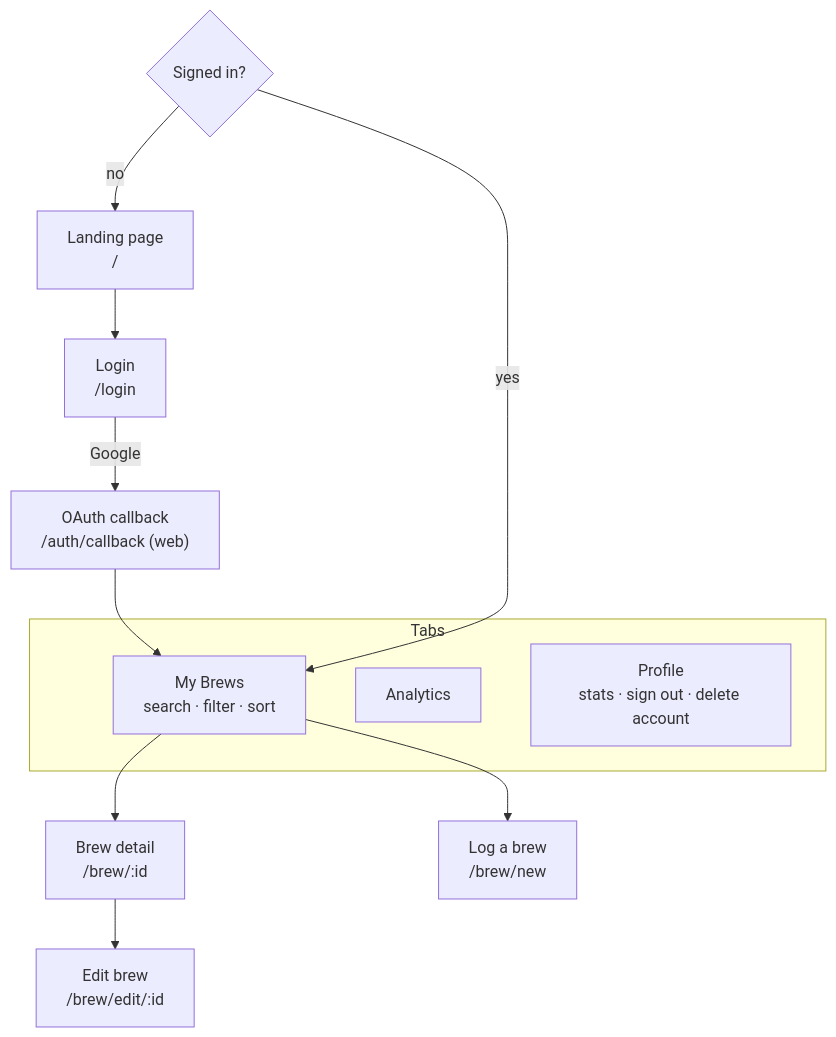
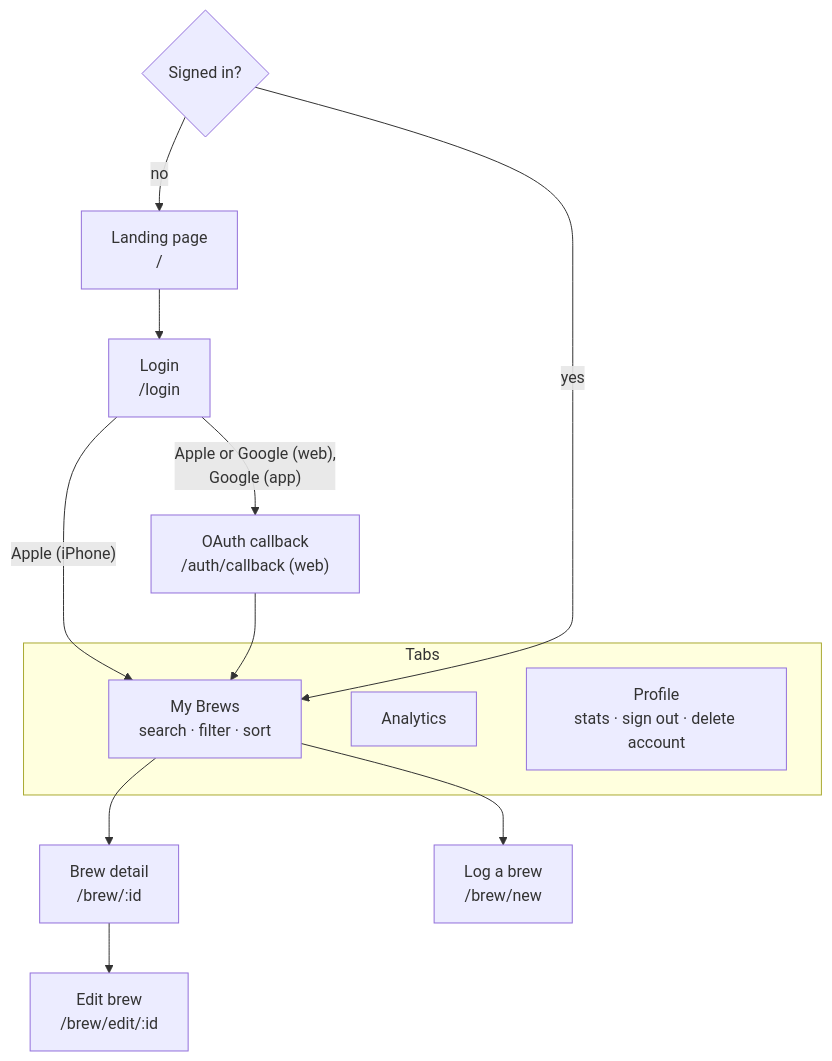
Before and after one commit to antmelon/BruLogger: the second of 6 diagrams in README.md, drawn with Mermaid. The commit also changed other lines of this file and 23 other files, not shown here.

First line of the commit message:
Sign in with Apple, on iPhone and the website

````diff
--- a/README.md
+++ b/README.md
@@ -80,19 +81,20 @@
 ```mermaid
 flowchart TD
   gate{"Signed in?"}
   gate -- no --> landing["Landing page<br/>/"]
   landing --> login["Login<br/>/login"]
-  login -- Google --> callback["OAuth callback<br/>/auth/callback (web)"]
+  login -- "Apple or Google (web),<br/>Google (app)" --> callback["OAuth callback<br/>/auth/callback (web)"]
+  login -- "Apple (iPhone)" --> list
   callback --> list
   gate -- yes --> list
 
   subgraph tabs [Tabs]
     list["My Brews<br/>search · filter · sort"]
     analytics["Analytics"]
     profile["Profile<br/>stats · sign out · delete account"]
   end
 
   list --> detail["Brew detail<br/>/brew/:id"]
   list --> new["Log a brew<br/>/brew/new"]
   detail --> edit["Edit brew<br/>/brew/edit/:id"]
 ```
````
